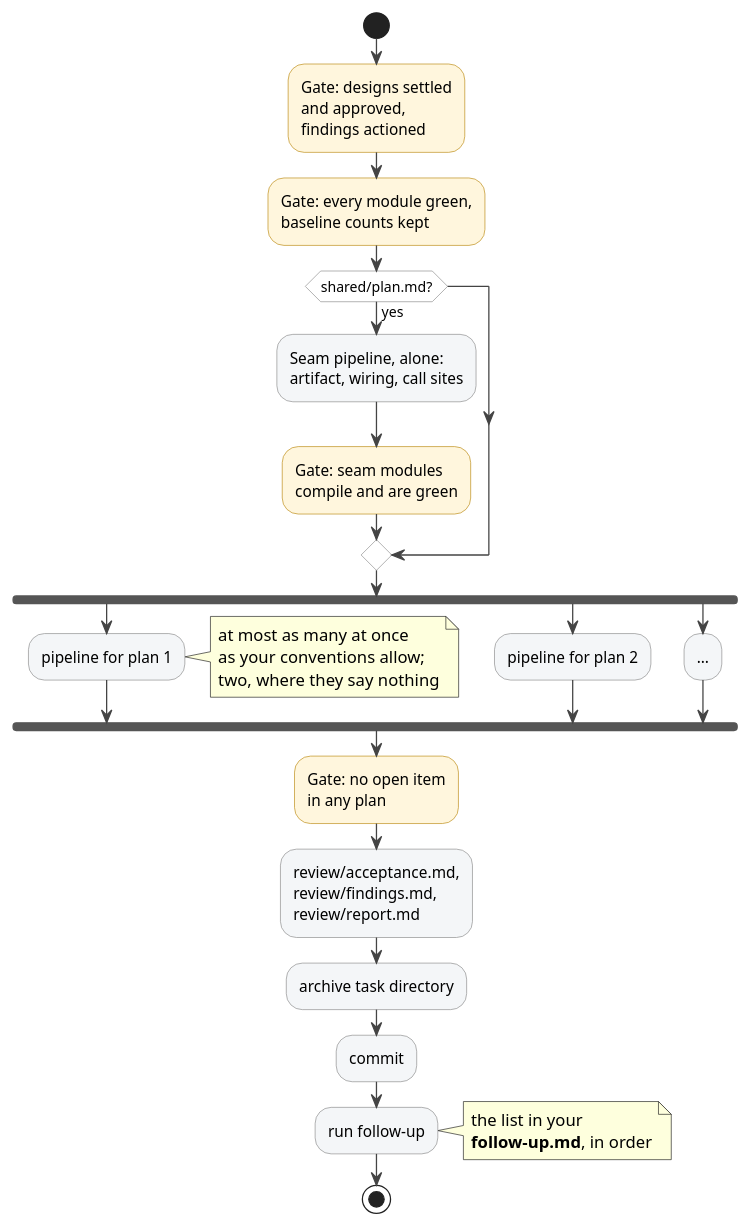
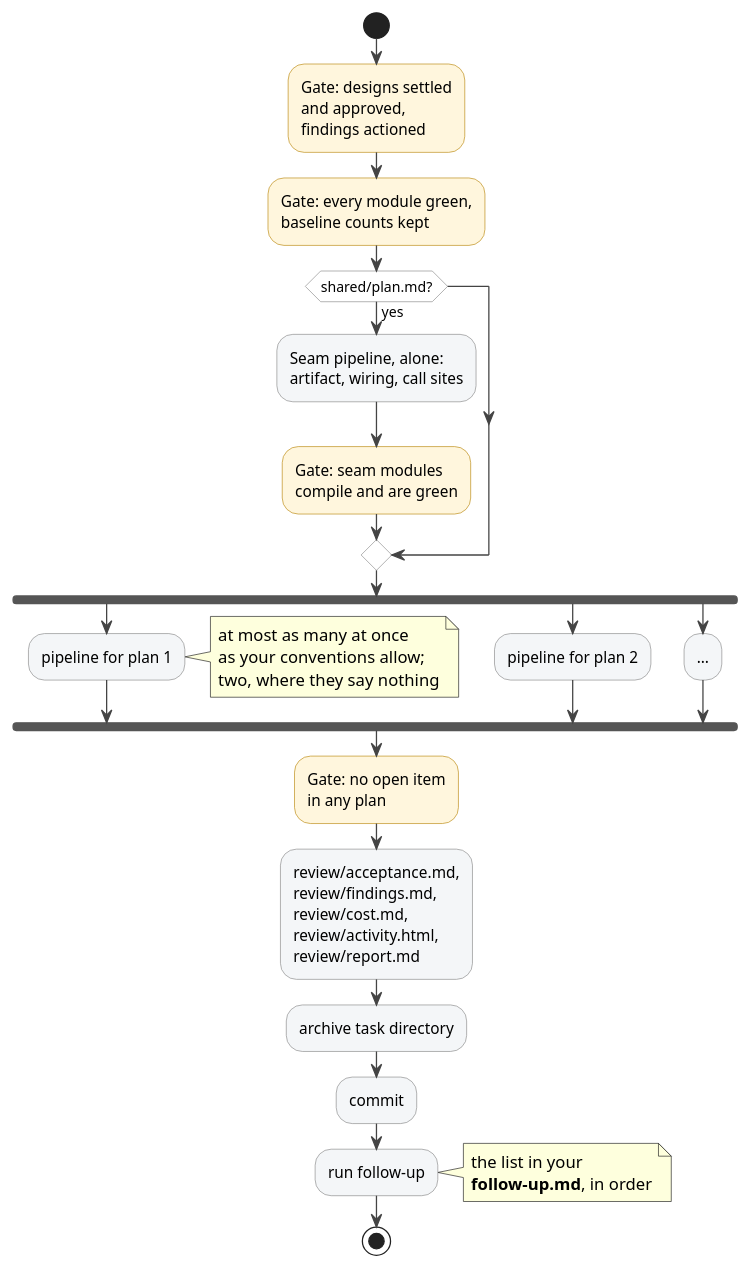
One commit to ds-usova/tdd-sdlc changed the diagram in docs/diagrams/implement-plan-task.puml. Above: the diagram before and after it, drawn with PlantUML. The commit also changed 23 other files, not shown here.

```diff
--- a/docs/diagrams/implement-plan-task.puml
+++ b/docs/diagrams/implement-plan-task.puml
@@ -1,55 +1,57 @@
 @startuml implement-plan-task
 skinparam defaultFontName Helvetica
 skinparam shadowing false
 skinparam ActivityBackgroundColor #F4F6F8
 skinparam ActivityBorderColor #888
 skinparam ActivityDiamondBackgroundColor #FFFFFF
 skinparam ActivityDiamondBorderColor #888
 skinparam ArrowColor #444
 <style>
 activityDiagram {
   .gate {
     BackgroundColor #FFF6DD
     LineColor #B8860B
   }
 }
 </style>
 
 start
 :Gate: designs settled
 and approved,
 findings actioned;<<gate>>
 :Gate: every module green,
 baseline counts kept;<<gate>>
 if (shared/plan.md?) then (yes)
   :Seam pipeline, alone:
   artifact, wiring, call sites;
   :Gate: seam modules
   compile and are green;<<gate>>
 endif
 fork
   :pipeline for plan 1;
   note right
     at most as many at once
     as your conventions allow;
     two, where they say nothing
   end note
 fork again
   :pipeline for plan 2;
 fork again
   :…;
 end fork
 :Gate: no open item
 in any plan;<<gate>>
 :review/acceptance.md,
 review/findings.md,
+review/cost.md,
+review/activity.html,
 review/report.md;
 :archive task directory;
 :commit;
 :run follow-up;
 note right
   the list in your
   **follow-up.md**, in order
 end note
 stop
 @enduml
```
